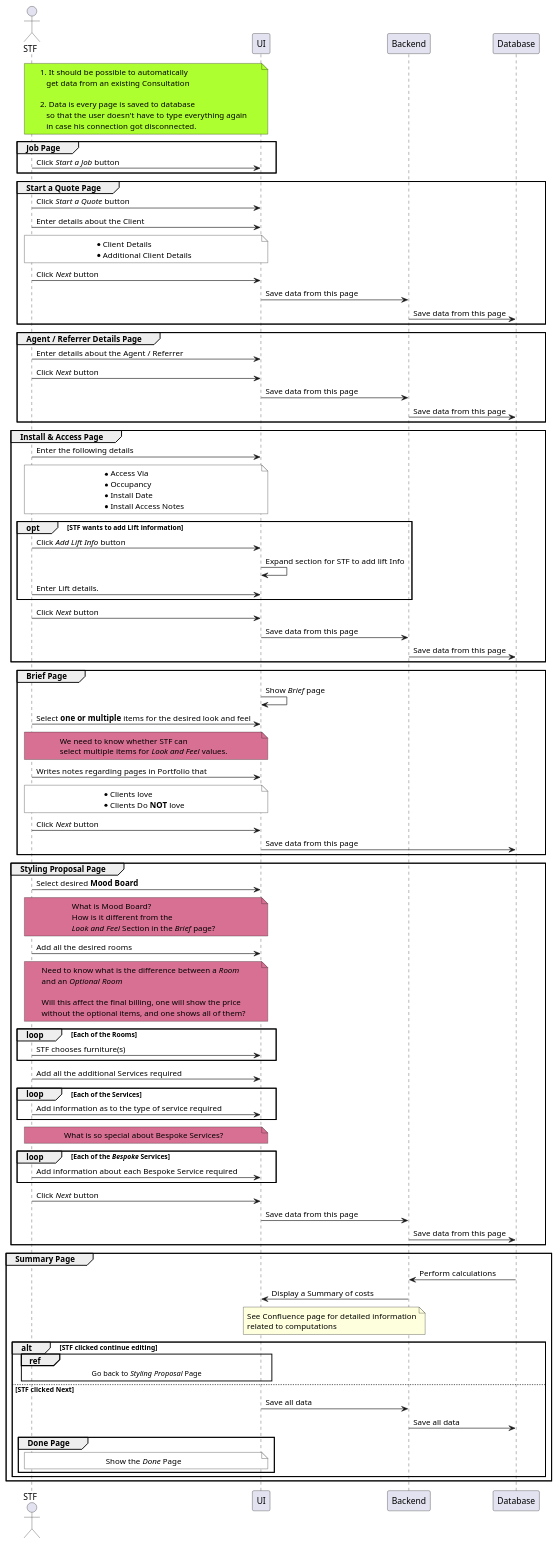
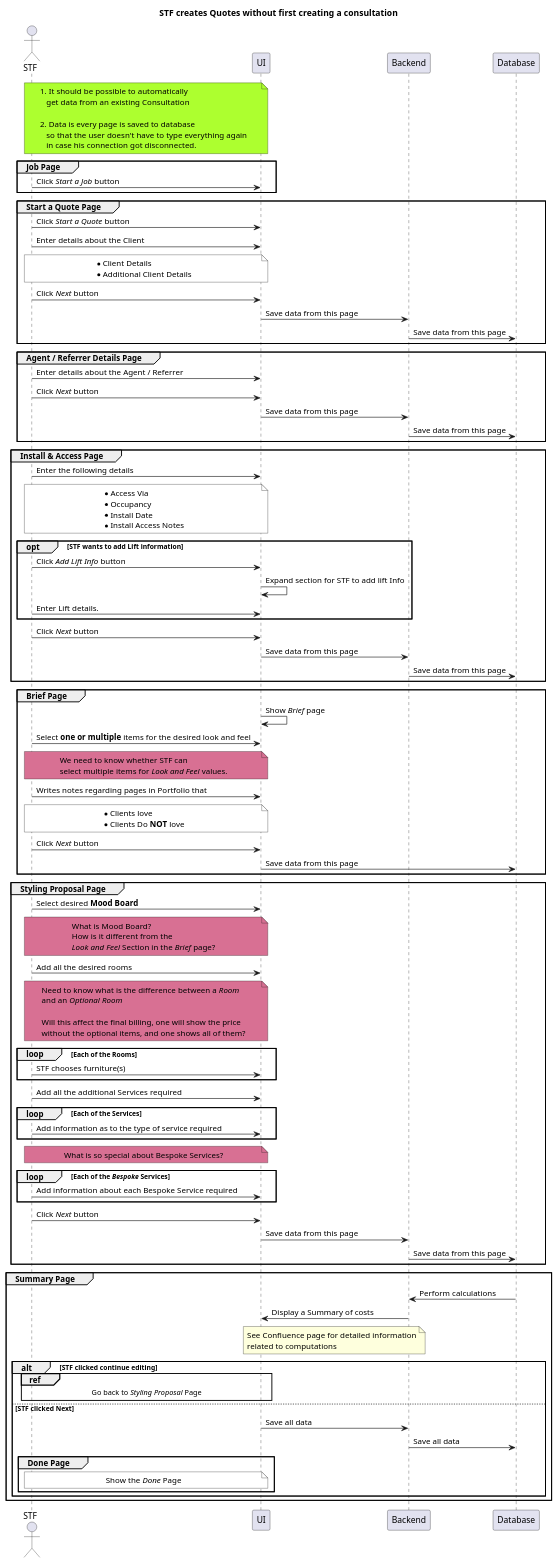
The diagram in STF/STF_CreateQuote_withoutConsultationFirst.pu (jpgacrama/NovariSpecs), drawn with PlantUML before and after one commit. The commit also changed 2 other files, not shown here.

Commit message:
STF Creates Quotes without first creating a Consultation

```diff
--- a/STF/STF_CreateQuote_withoutConsultationFirst.pu
+++ b/STF/STF_CreateQuote_withoutConsultationFirst.pu
@@ -3,147 +3,149 @@
 @startuml
 
+    title STF creates Quotes without first creating a consultation
+    
     actor "STF" as STF
     participant "UI" as UI
     participant "Backend" as Backend
     participant "Database" as Database
 
     note over STF, UI #GreenYellow
         1. It should be possible to automatically
            get data from an existing Consultation
 
         2. Data is every page is saved to database
            so that the user doesn't have to type everything again
            in case his connection got disconnected.
     end note
 
     group Job Page 
         STF  -> UI: Click //Start a Job// button
     end group
     
     group Start a Quote Page
         STF -> UI: Click //Start a Quote// button
         STF -> UI: Enter details about the Client
 
         note over STF, UI #White
             * Client Details
             * Additional Client Details
         end note
 
         STF -> UI: Click //Next// button
         UI -> Backend: Save data from this page
         Backend -> Database: Save data from this page
     end group
 
     group Agent / Referrer Details Page
         STF -> UI: Enter details about the Agent / Referrer
         STF -> UI: Click //Next// button
         UI -> Backend: Save data from this page
         Backend -> Database: Save data from this page
     end group
 
     group Install & Access Page
         STF -> UI: Enter the following details
         note over STF, UI #White
             * Access Via
             * Occupancy 
             * Install Date
             * Install Access Notes
         end note
 
         opt STF wants to add Lift information
             STF -> UI: Click //Add Lift Info// button 
             UI -> UI: Expand section for STF to add lift Info
             STF -> UI: Enter Lift details.
         end
 
         STF -> UI: Click //Next// button
         UI -> Backend: Save data from this page
         Backend -> Database: Save data from this page
     end group
 
     group Brief Page
         UI -> UI: Show //Brief// page
         STF -> UI: Select **one or multiple** items for the desired look and feel
 
         note over STF, UI #PaleVioletRed
             We need to know whether STF can
             select multiple items for //Look and Feel// values.
         end note
         
         STF -> UI: Writes notes regarding pages in Portfolio that
         note over STF, UI #White
             * Clients love
             * Clients Do **NOT** love
         end note
 
         STF -> UI: Click //Next// button
         UI -> Database: Save data from this page
     end group
 
     group Styling Proposal Page
         STF -> UI: Select desired **Mood Board**
 
         note over STF, UI #PaleVioletRed
             What is Mood Board?
             How is it different from the
             //Look and Feel// Section in the //Brief// page?
         end note
 
         STF -> UI: Add all the desired rooms
 
         note over STF, UI #PaleVioletRed
             Need to know what is the difference between a //Room// 
             and an //Optional Room//
 
             Will this affect the final billing, one will show the price 
             without the optional items, and one shows all of them?
         end note
 
         loop Each of the Rooms
             STF -> UI: STF chooses furniture(s)
         end
 
         STF -> UI: Add all the additional Services required
 
         loop Each of the Services
             STF -> UI: Add information as to the type of service required
         end
 
         note over STF, UI #PaleVioletRed
             What is so special about Bespoke Services?
         end note
 
         loop Each of the //Bespoke// Services
             STF -> UI: Add information about each Bespoke Service required
         end note
 
         STF -> UI: Click //Next// button
         UI -> Backend: Save data from this page
         Backend -> Database: Save data from this page
     end group
 
     group Summary Page
         Database -> Backend: Perform calculations
         Backend -> UI: Display a Summary of costs
 
         note over UI, Backend
             See Confluence page for detailed information
             related to computations
         end note
 
         alt STF clicked continue editing
             ref over STF, UI
                 Go back to //Styling Proposal// Page
             end ref
         else STF clicked Next
             UI -> Backend: Save all data
             Backend -> Database: Save all data
             group Done Page
                 note over STF, UI #White
                     Show the //Done// Page
                 end note
             end group
         end
     end group
     
 @enduml
```
